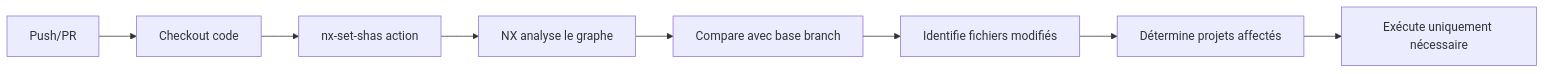
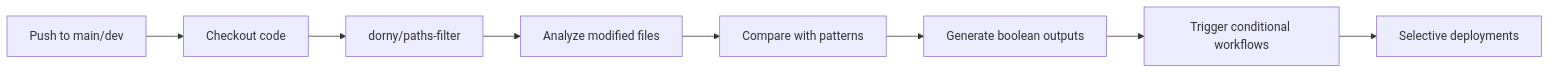
The diagram in .github/workflows/README.md (Idem-AI/idem), drawn with Mermaid before and after one commit. The commit also changed other lines of this file and 10 other files, not shown here.

````diff
--- a/.github/workflows/README.md
+++ b/.github/workflows/README.md
@@ -235,10 +236,10 @@
 ```mermaid
 graph LR
-    A[Push/PR] --> B[Checkout code]
-    B --> C[nx-set-shas action]
-    C --> D[NX analyse le graphe]
-    D --> E[Compare avec base branch]
-    E --> F[Identifie fichiers modifiés]
-    F --> G[Détermine projets affectés]
-    G --> H[Exécute uniquement nécessaire]
+    A[Push to main/dev] --> B[Checkout code]
+    B --> C[dorny/paths-filter]
+    C --> D[Analyze modified files]
+    D --> E[Compare with patterns]
+    E --> F[Generate boolean outputs]
+    F --> G[Trigger conditional workflows]
+    G --> H[Selective deployments]
 ```
````
